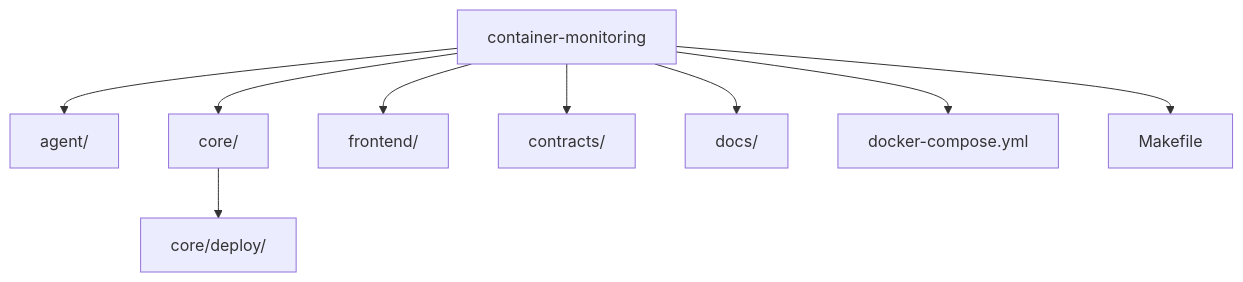
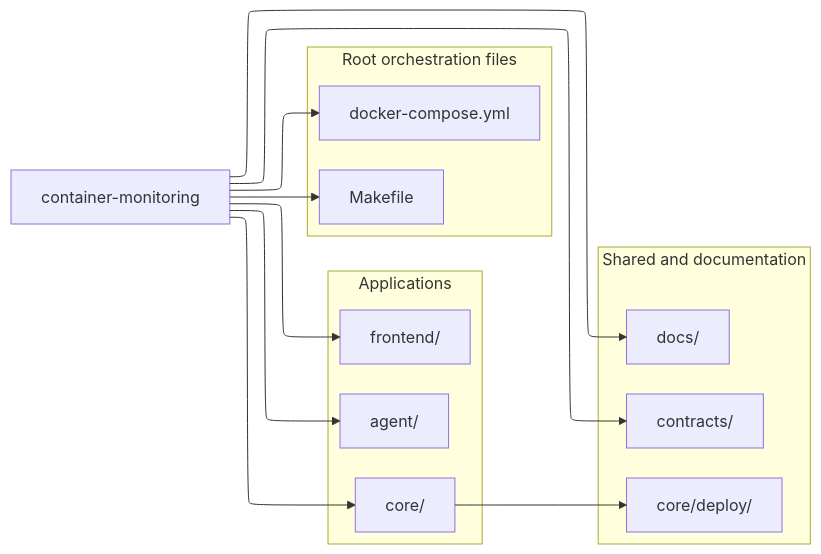
Diagram 20 of 24 in docs/uml-diagrams.md (MTXIK/container-monitoring), drawn with Mermaid before and after one commit. The commit also changed other lines of this file, not shown here.

Commit message:
update diagrams

````diff
--- a/docs/uml-diagrams.md
+++ b/docs/uml-diagrams.md
@@ -617,21 +675,34 @@
 ```mermaid
-flowchart TB
+%%{init: {"flowchart": {"defaultRenderer": "elk"}} }%%
+flowchart LR
     Repo["container-monitoring"]
-    Agent["agent/"]
-    Core["core/"]
-    Frontend["frontend/"]
-    Contracts["contracts/"]
-    Deploy["core/deploy/"]
-    Docs["docs/"]
-    Compose["docker-compose.yml"]
-    Makefile["Makefile"]
+
+    subgraph Apps["Applications"]
+        direction TB
+        Agent["agent/"]
+        Core["core/"]
+        Frontend["frontend/"]
+    end
+
+    subgraph Support["Shared and documentation"]
+        direction TB
+        Contracts["contracts/"]
+        Deploy["core/deploy/"]
+        Docs["docs/"]
+    end
+
+    subgraph RootFiles["Root orchestration files"]
+        direction TB
+        Compose["docker-compose.yml"]
+        Makefile["Makefile"]
+    end
 
     Repo --> Agent
     Repo --> Core
     Repo --> Frontend
     Repo --> Contracts
     Core --> Deploy
     Repo --> Docs
     Repo --> Compose
     Repo --> Makefile
 ```
````
